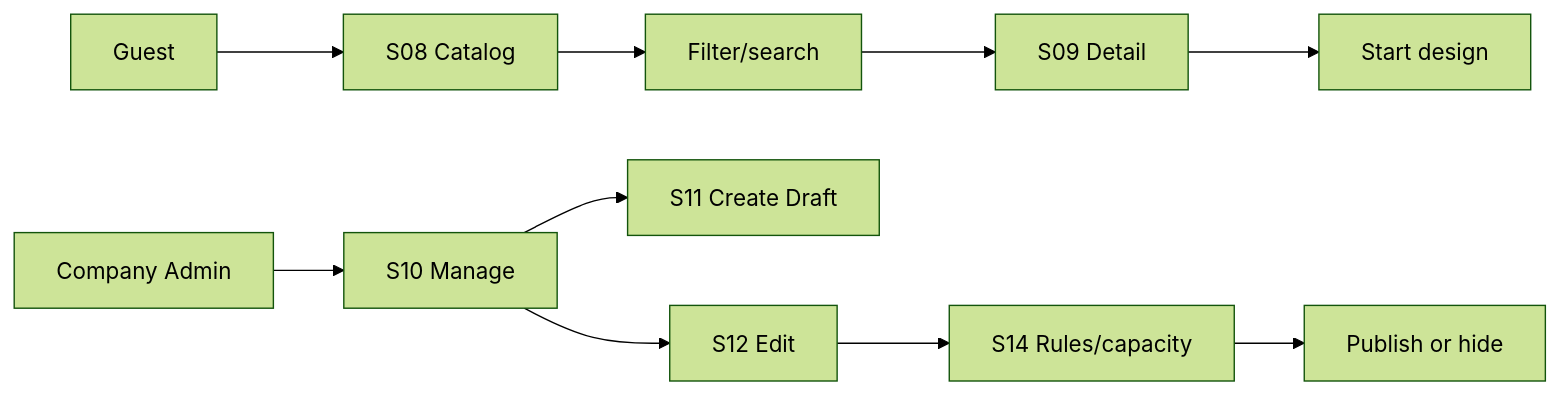
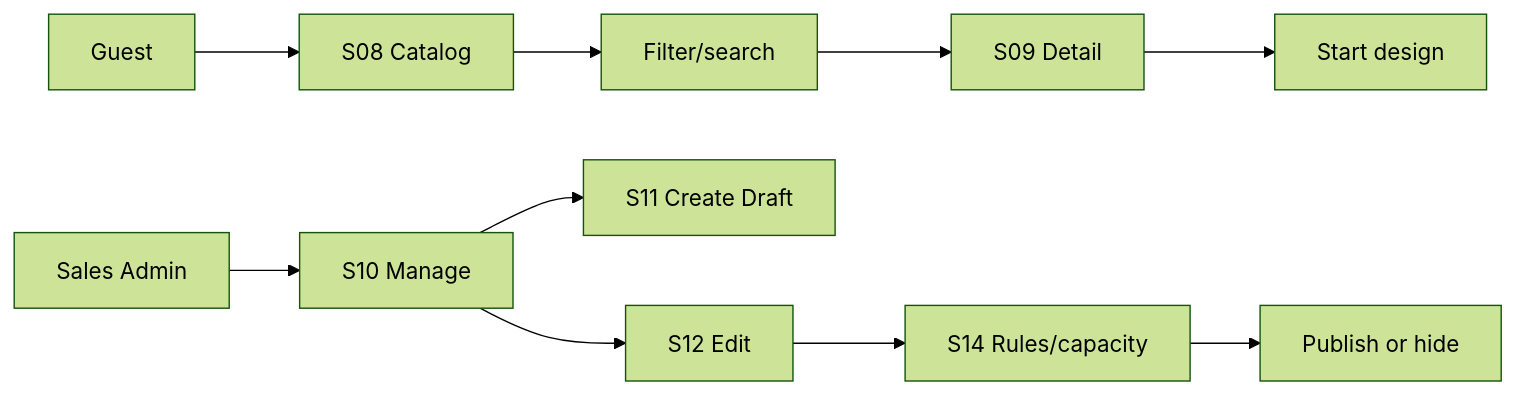
Before and after one commit to ankhanhwork/weavelink-project: the first of 3 diagrams in specs/spec-MFG-04.md, drawn with Mermaid (forest theme). The commit also changed other lines of this file and 101 other files, not shown here.

````diff
--- a/specs/spec-MFG-04.md
+++ b/specs/spec-MFG-04.md
@@ -73,12 +73,12 @@
 ```mermaid
 flowchart LR
   Guest --> Catalog[S08 Catalog]
   Catalog --> Search[Filter/search]
   Search --> Detail[S09 Detail]
   Detail --> Design[Start design]
-  Admin[Company Admin] --> Manage[S10 Manage]
+  Admin[Sales Admin] --> Manage[S10 Manage]
   Manage --> Draft[S11 Create Draft]
   Manage --> Edit[S12 Edit]
   Edit --> Rules[S14 Rules/capacity]
   Rules --> Publish[Publish or hide]
 ```
````
